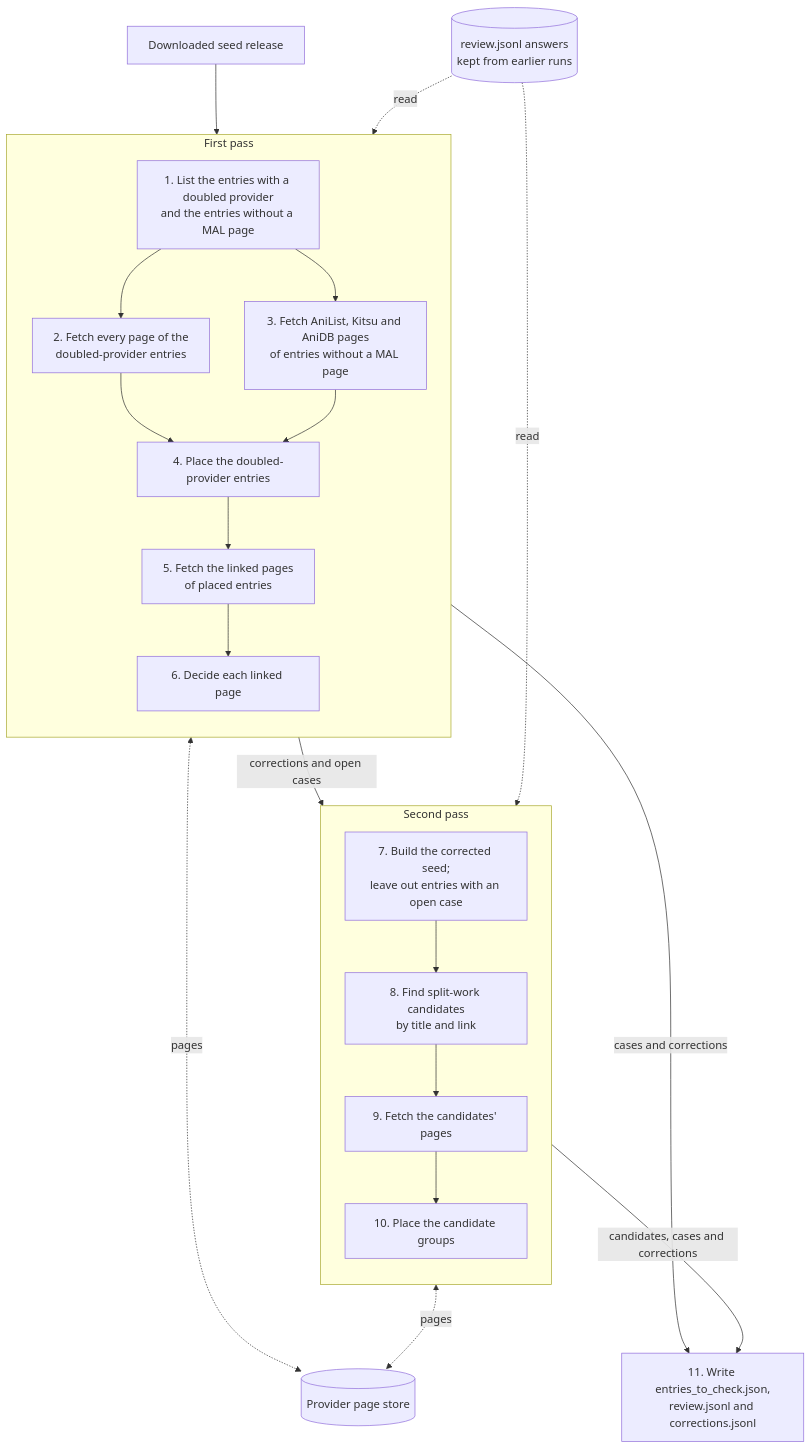
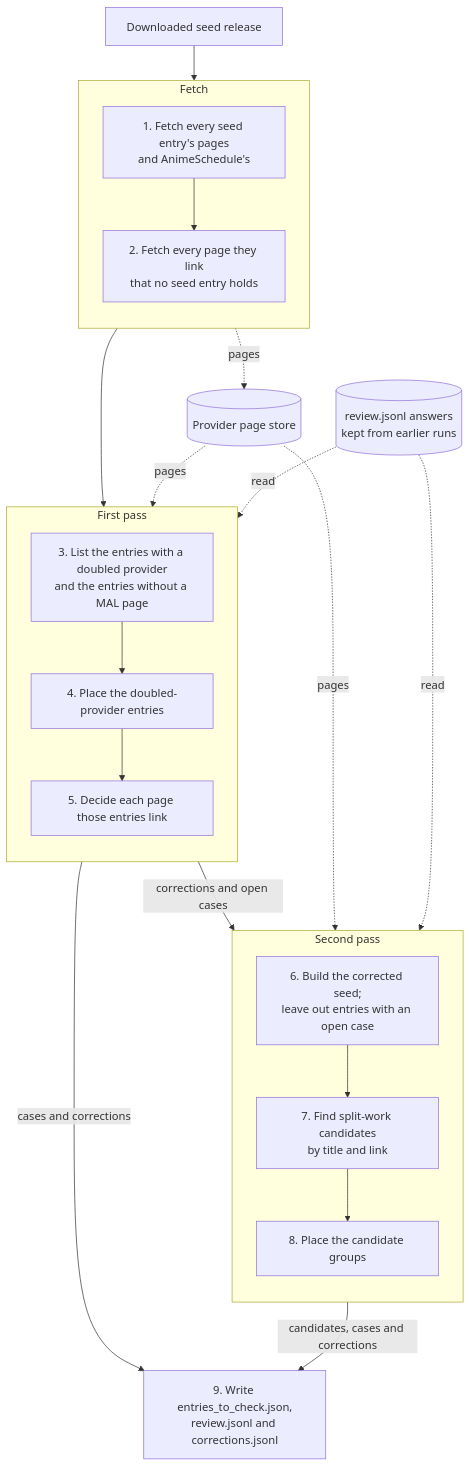
One commit to adnanaq/echora changed the first of 2 diagrams in libs/seed_cleaning/README.md. Above: the diagram before and after it, drawn with Mermaid. The commit also changed other lines of this file and 23 other files, not shown here.

````diff
--- a/libs/seed_cleaning/README.md
+++ b/libs/seed_cleaning/README.md
@@ -59,38 +59,40 @@
 ```mermaid
 flowchart TD
     seed[Downloaded seed release]
     store[(Provider page store)]
     answers[(review.jsonl answers<br/>kept from earlier runs)]
 
+    subgraph fetch[Fetch]
+        direction TB
+        fetch_seed[1. Fetch every seed entry's pages<br/>and AnimeSchedule's]
+        fetch_linked[2. Fetch every page they link<br/>that no seed entry holds]
+        fetch_seed --> fetch_linked
+    end
+
     subgraph first[First pass]
         direction TB
-        list[1. List the entries with a doubled provider<br/>and the entries without a MAL page]
-        fetch_check[2. Fetch every page of the<br/>doubled-provider entries]
-        fetch_without_mal[3. Fetch AniList, Kitsu and AniDB pages<br/>of entries without a MAL page]
+        list[3. List the entries with a doubled provider<br/>and the entries without a MAL page]
         doubled[4. Place the doubled-provider entries]
-        fetch_linked[5. Fetch the linked pages<br/>of placed entries]
-        decide[6. Decide each linked page]
-        list --> fetch_check --> doubled
-        list --> fetch_without_mal --> doubled
-        doubled --> fetch_linked --> decide
+        decide[5. Decide each page those entries link]
+        list --> doubled --> decide
     end
 
     subgraph second[Second pass]
         direction TB
-        corrected[7. Build the corrected seed;<br/>leave out entries with an open case]
-        candidates[8. Find split-work candidates<br/>by title and link]
-        fetch_candidates[9. Fetch the candidates' pages]
-        split[10. Place the candidate groups]
-        corrected --> candidates --> fetch_candidates --> split
+        corrected[6. Build the corrected seed;<br/>leave out entries with an open case]
+        candidates[7. Find split-work candidates<br/>by title and link]
+        split[8. Place the candidate groups]
+        corrected --> candidates --> split
     end
 
-    seed --> first
+    seed --> fetch --> first
     first -- corrections and open cases --> second
-    first <-. pages .-> store
-    second <-. pages .-> store
+    fetch -. pages .-> store
+    store -. pages .-> first
+    store -. pages .-> second
     answers -. read .-> first
     answers -. read .-> second
     first -- cases and corrections --> write
     second -- candidates, cases and corrections --> write
-    write[11. Write entries_to_check.json,<br/>review.jsonl and corrections.jsonl]
+    write[9. Write entries_to_check.json,<br/>review.jsonl and corrections.jsonl]
 ```
````
